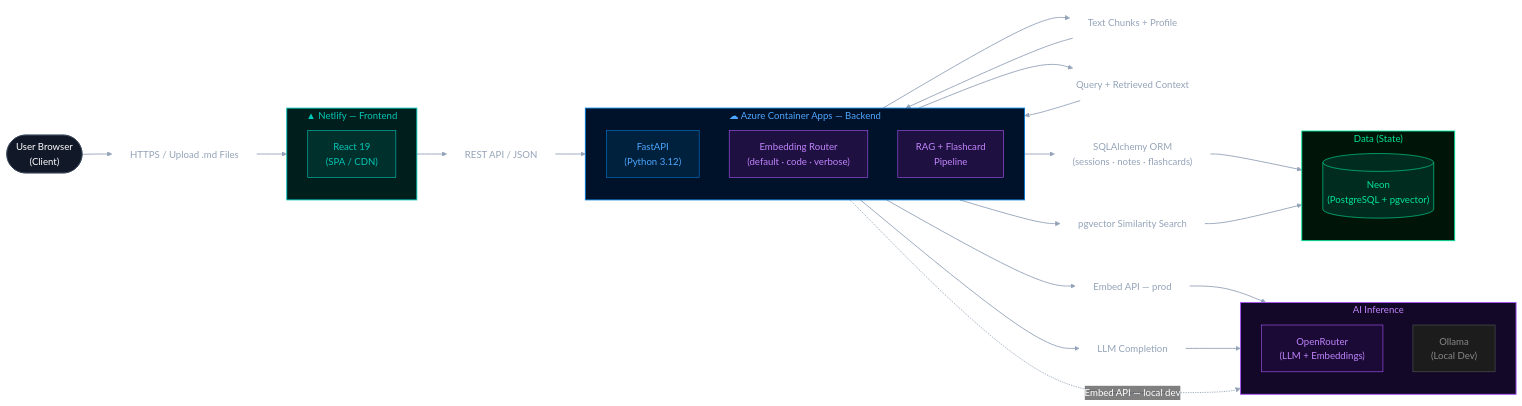
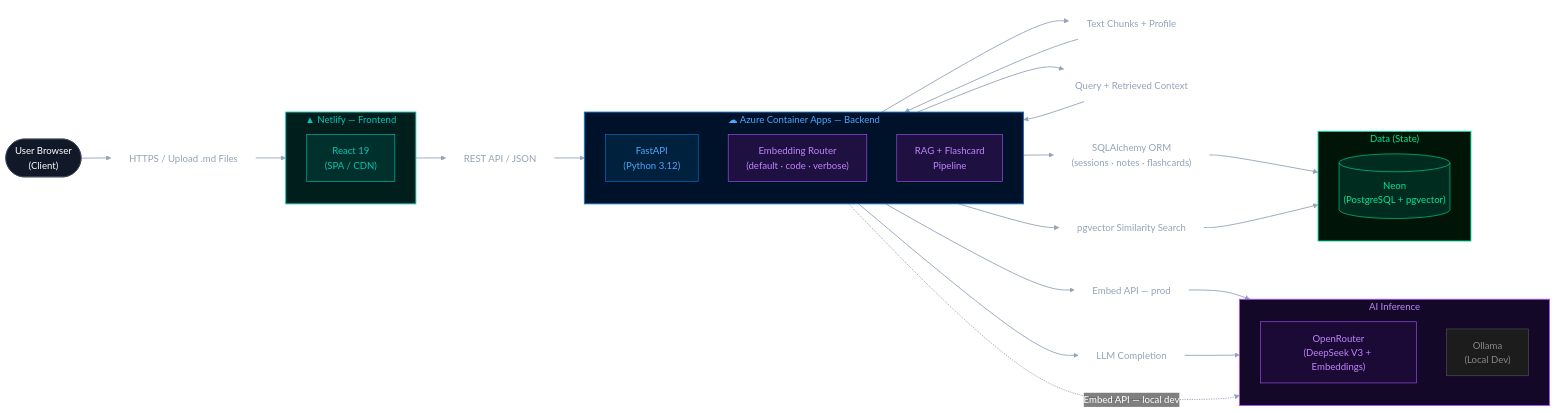
Before and after one commit to hua0-richard/rag-obs: the diagram in README.md, drawn with Mermaid. The commit also changed other lines of this file, not shown here.

First line of the commit message:
Update README to reflect current architecture

```diff
--- a/README.md
+++ b/README.md
@@ -62,7 +62,7 @@
 
     subgraph AI["AI Inference"]
         direction TB
-        OR["OpenRouter<br/>(LLM + Embeddings)"]
+        OR["OpenRouter<br/>(DeepSeek V3 + Embeddings)"]
         Ollama["Ollama<br/>(Local Dev)"]
     end
 
```
